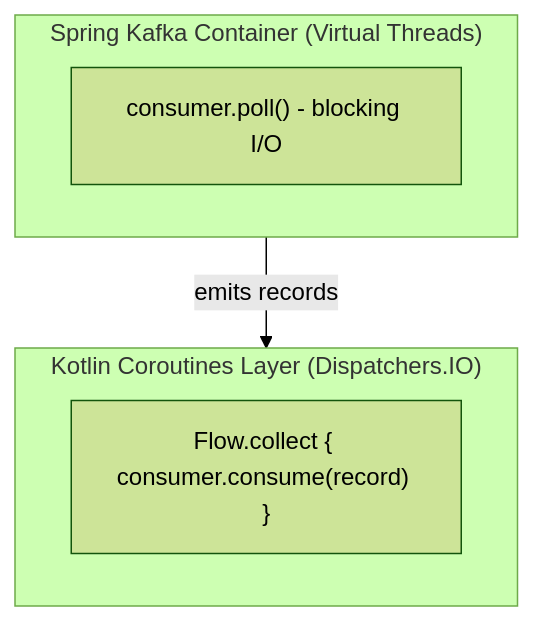
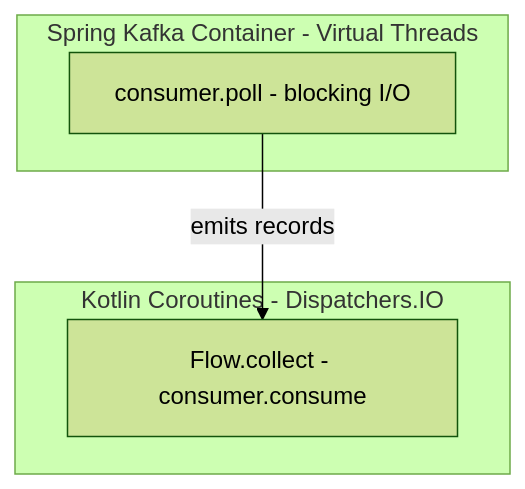
One commit to osoykan/kafka-kit changed the second of 2 diagrams in README.md. Above: the diagram before and after it, drawn with Mermaid (forest theme).

````diff
--- a/README.md
+++ b/README.md
@@ -248,12 +248,12 @@
 ```mermaid
 flowchart TB
-    subgraph coroutines["Kotlin Coroutines Layer (Dispatchers.IO)"]
-        flow["Flow.collect { consumer.consume(record) }"]
+    subgraph top [Kotlin Coroutines - Dispatchers.IO]
+        A[Flow.collect - consumer.consume]
     end
     
-    subgraph spring["Spring Kafka Container (Virtual Threads)"]
-        poll["consumer.poll() - blocking I/O"]
+    subgraph bottom [Spring Kafka Container - Virtual Threads]
+        B[consumer.poll - blocking I/O]
     end
     
-    spring -->|emits records| coroutines
+    B -->|emits records| A
 ```
````
